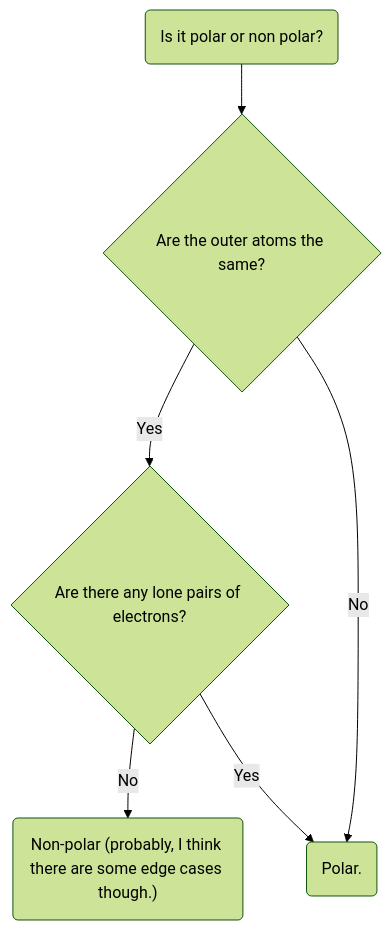
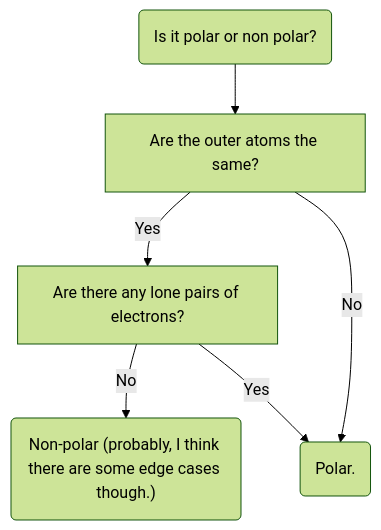
The diagram in Electronegativity.md (zadeviggers/notes), drawn with Mermaid (forest theme) before and after one commit. The commit also changed other lines of this file and 1 other file, not shown here.

Commit message:
auto notes sync @ 2022-03-21 20:56:02

````diff
--- a/Electronegativity.md
+++ b/Electronegativity.md
@@ -3,10 +3,10 @@
 ```mermaid
 graph TD;
 	A(Is it polar or non polar?)-->B
-	B{Are the outer atoms the same?}-->|Yes| C;
+	B[Are the outer atoms the same?]-->|Yes| C;
 	B-->|No| D;
-	C{Are there any lone pairs of electrons?}-->|No| E;
+	C[Are there any lone pairs of electrons?]-->|No| E;
 	C-->|Yes| D;
 	D(Polar.);
 	E("Non-polar (probably, I think there are some edge cases though.)");
 ```
````
